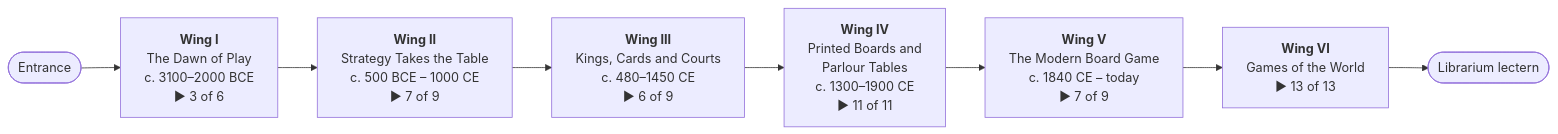
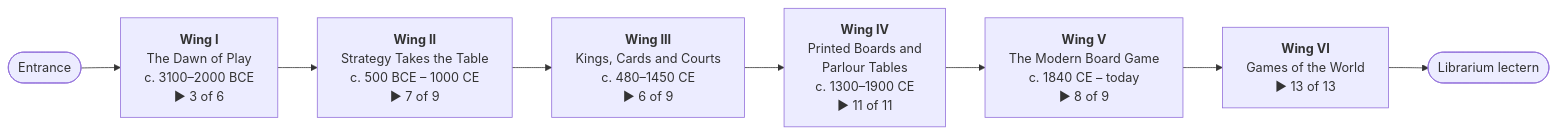
The first of 2 diagrams in README.md (CptNope/Librarium-Archives), drawn with Mermaid before and after one commit. The commit also changed other lines of this file and 13 other files, not shown here.

````diff
--- a/README.md
+++ b/README.md
@@ -15,10 +15,10 @@
 ```mermaid
 flowchart LR
     E([Entrance]) --> W1
     W1["<b>Wing I</b><br/>The Dawn of Play<br/>c. 3100–2000 BCE<br/>▶ 3 of 6"] --> W2
     W2["<b>Wing II</b><br/>Strategy Takes the Table<br/>c. 500 BCE – 1000 CE<br/>▶ 7 of 9"] --> W3
     W3["<b>Wing III</b><br/>Kings, Cards and Courts<br/>c. 480–1450 CE<br/>▶ 6 of 9"] --> W4
     W4["<b>Wing IV</b><br/>Printed Boards and<br/>Parlour Tables<br/>c. 1300–1900 CE<br/>▶ 11 of 11"] --> W5
-    W5["<b>Wing V</b><br/>The Modern Board Game<br/>c. 1840 CE – today<br/>▶ 7 of 9"] --> W6
+    W5["<b>Wing V</b><br/>The Modern Board Game<br/>c. 1840 CE – today<br/>▶ 8 of 9"] --> W6
     W6["<b>Wing VI</b><br/>Games of the World<br/>▶ 13 of 13"] --> L([Librarium lectern])
 ```
````
